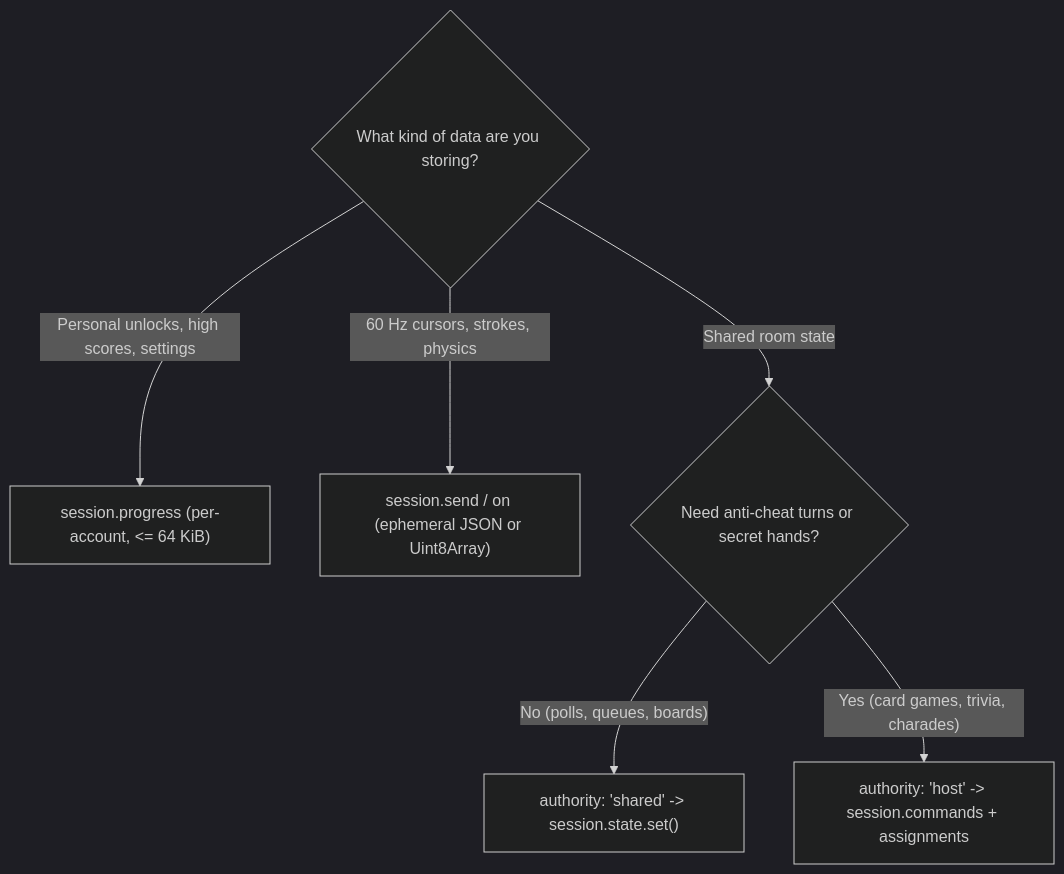
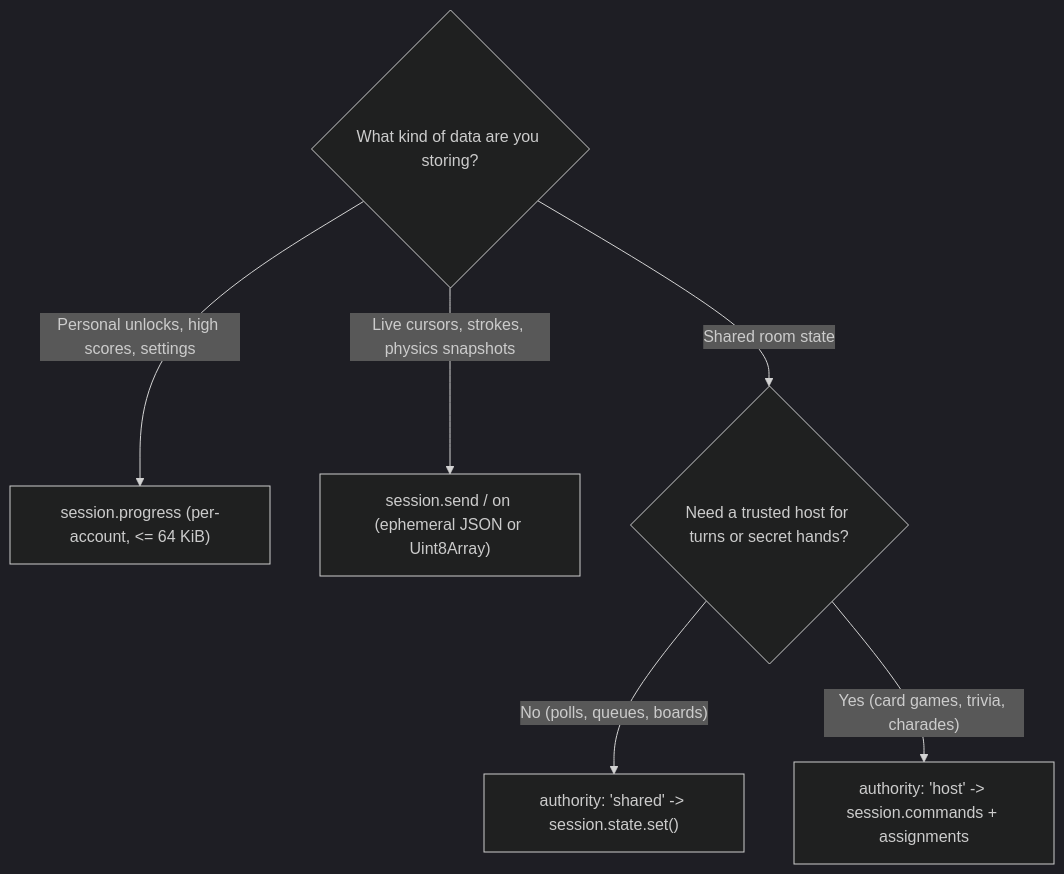
Before and after one commit to Arkazzae/Stellar: the diagram in docs/sdk/rooms-and-state.md, drawn with Mermaid (dark theme). The commit also changed other lines of this file and 23 other files, not shown here.

````diff
--- a/docs/sdk/rooms-and-state.md
+++ b/docs/sdk/rooms-and-state.md
@@ -7,9 +7,9 @@
 ```mermaid
 flowchart TD
     Question{"What kind of data are you storing?"}
     Question -->|"Personal unlocks, high scores, settings"| Progress["session.progress (per-account, <= 64 KiB)"]
-    Question -->|"60 Hz cursors, strokes, physics"| Send["session.send / on (ephemeral JSON or Uint8Array)"]
-    Question -->|"Shared room state"| Rules{"Need anti-cheat turns or secret hands?"}
+    Question -->|"Live cursors, strokes, physics snapshots"| Send["session.send / on (ephemeral JSON or Uint8Array)"]
+    Question -->|"Shared room state"| Rules{"Need a trusted host for turns or secret hands?"}
     Rules -->|"No (polls, queues, boards)"| Shared["authority: 'shared' -> session.state.set()"]
     Rules -->|"Yes (card games, trivia, charades)"| Host["authority: 'host' -> session.commands + assignments"]
 ```
````
